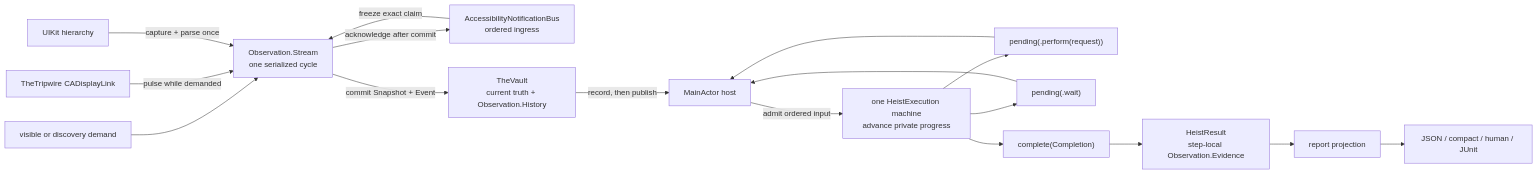
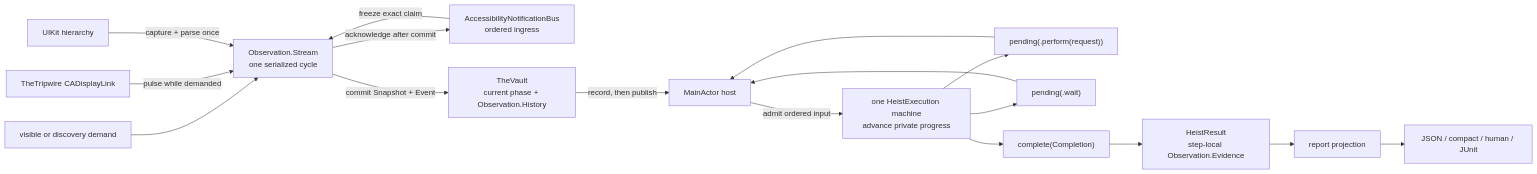
The diagram in docs/diagrams/observation-pipeline.md (RoyalPineapple/TheButtonHeist), drawn with Mermaid before and after one commit. The commit also changed 2 other files, not shown here.

Commit message:
Make Vault current state explicit

````diff
--- a/docs/diagrams/observation-pipeline.md
+++ b/docs/diagrams/observation-pipeline.md
@@ -9,19 +9,19 @@
 ```mermaid
 flowchart LR
     Demand["visible or discovery demand"] --> Stream["Observation.Stream<br/>one serialized cycle"]
     Link["TheTripwire CADisplayLink"] -->|"pulse while demanded"| Stream
     Notice["AccessibilityNotificationBus<br/>ordered ingress"] -->|"freeze exact claim"| Stream
     UIKit["UIKit hierarchy"] -->|"capture + parse once"| Stream
-    Stream -->|"commit Snapshot + Event"| Vault["TheVault<br/>current truth + Observation.History"]
+    Stream -->|"commit Snapshot + Event"| Vault["TheVault<br/>current phase + Observation.History"]
     Vault -->|"record, then publish"| Host["MainActor host"]
     Host -->|"admit ordered input"| Machine["one HeistExecution machine<br/>advance private progress"]
     Machine --> Perform["pending(.perform(request))"]
     Machine --> Wait["pending(.wait)"]
     Machine --> Complete["complete(Completion)"]
     Perform --> Host
     Wait --> Host
     Complete --> Result["HeistResult<br/>step-local Observation.Evidence"]
     Result --> Report["report projection"]
     Report --> Render["JSON / compact / human / JUnit"]
     Stream -->|"acknowledge after commit"| Notice
 ```
````
